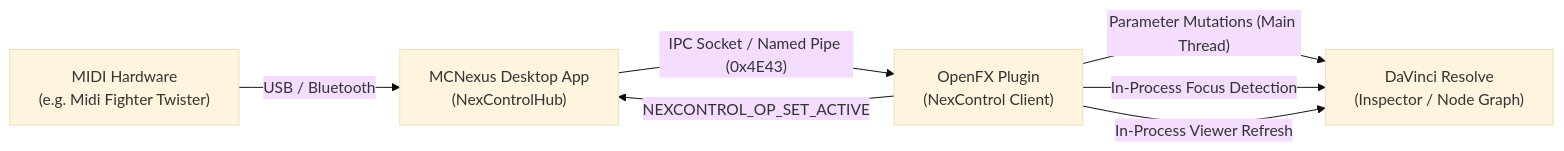
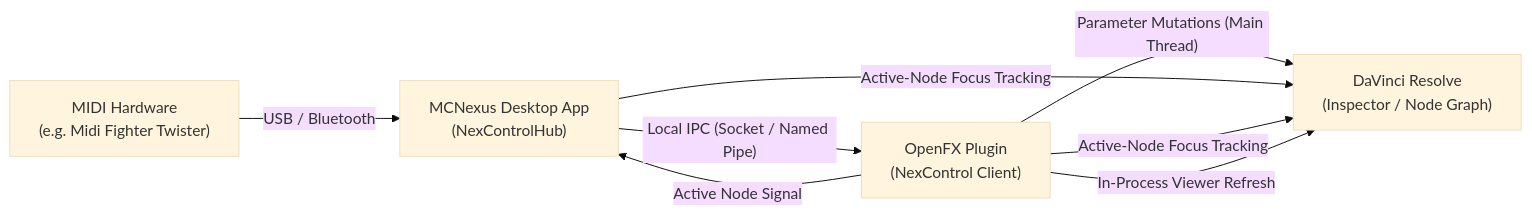
The diagram in docs/NEXCONTROL_INTEGRATION.md (ciqueira/NexKeyRuntime), drawn with Mermaid (base theme) before and after one commit. The commit also changed other lines of this file and 10 other files, not shown here.

````diff
--- a/docs/NEXCONTROL_INTEGRATION.md
+++ b/docs/NEXCONTROL_INTEGRATION.md
@@ -11,9 +11,9 @@
 ```mermaid
 flowchart LR
     A["MIDI Hardware<br/>(e.g. Midi Fighter Twister)"] -->|"USB / Bluetooth"| B["MCNexus Desktop App<br/>(NexControlHub)"]
-    B -->|"IPC Socket / Named Pipe (0x4E43)"| C["OpenFX Plugin<br/>(NexControl Client)"]
+    B -->|"Local IPC (Socket / Named Pipe)"| C["OpenFX Plugin<br/>(NexControl Client)"]
     C -->|"Parameter Mutations (Main Thread)"| D["DaVinci Resolve<br/>(Inspector / Node Graph)"]
-    C -->|"In-Process Focus Detection"| D
+    B & C -->|"Active-Node Focus Tracking"| D
     C -->|"In-Process Viewer Refresh"| D
-    C -->|"NEXCONTROL_OP_SET_ACTIVE"| B
+    C -->|"Active Node Signal"| B
 ```
````
